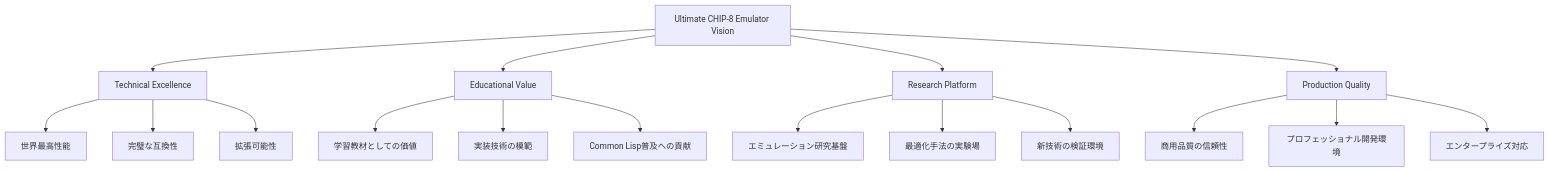
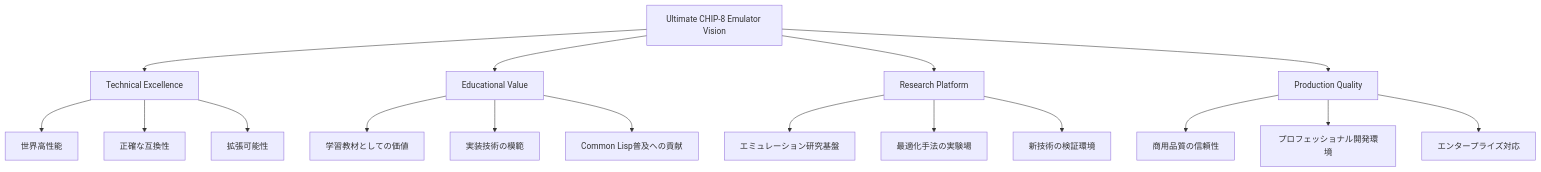
One commit to takeokunn/cl-chip8 changed diagram 16 of 17 in docs/explanation/05-architecture-decisions.md. Above: the diagram before and after it, drawn with Mermaid. The commit also changed other lines of this file and 20 other files, not shown here.

````diff
--- a/docs/explanation/05-architecture-decisions.md
+++ b/docs/explanation/05-architecture-decisions.md
@@ -1044,23 +1044,23 @@
 ```mermaid
 graph TB
     A[Ultimate CHIP-8 Emulator Vision] --> B[Technical Excellence]
     A --> C[Educational Value]
     A --> D[Research Platform]
     A --> E[Production Quality]
 
-    B --> B1[世界最高性能]
-    B --> B2[完璧な互換性]
+    B --> B1[世界高性能]
+    B --> B2[正確な互換性]
     B --> B3[拡張可能性]
 
     C --> C1[学習教材としての価値]
     C --> C2[実装技術の模範]
     C --> C3[Common Lisp普及への貢献]
 
     D --> D1[エミュレーション研究基盤]
     D --> D2[最適化手法の実験場]
     D --> D3[新技術の検証環境]
 
     E --> E1[商用品質の信頼性]
     E --> E2[プロフェッショナル開発環境]
     E --> E3[エンタープライズ対応]
 ```
````
